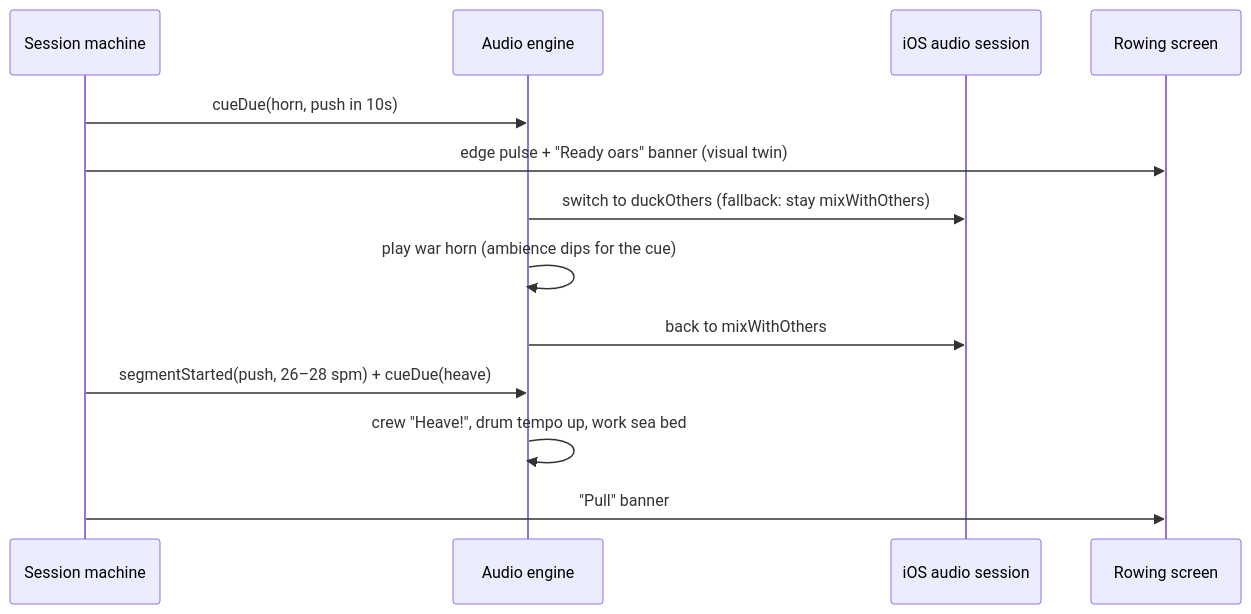
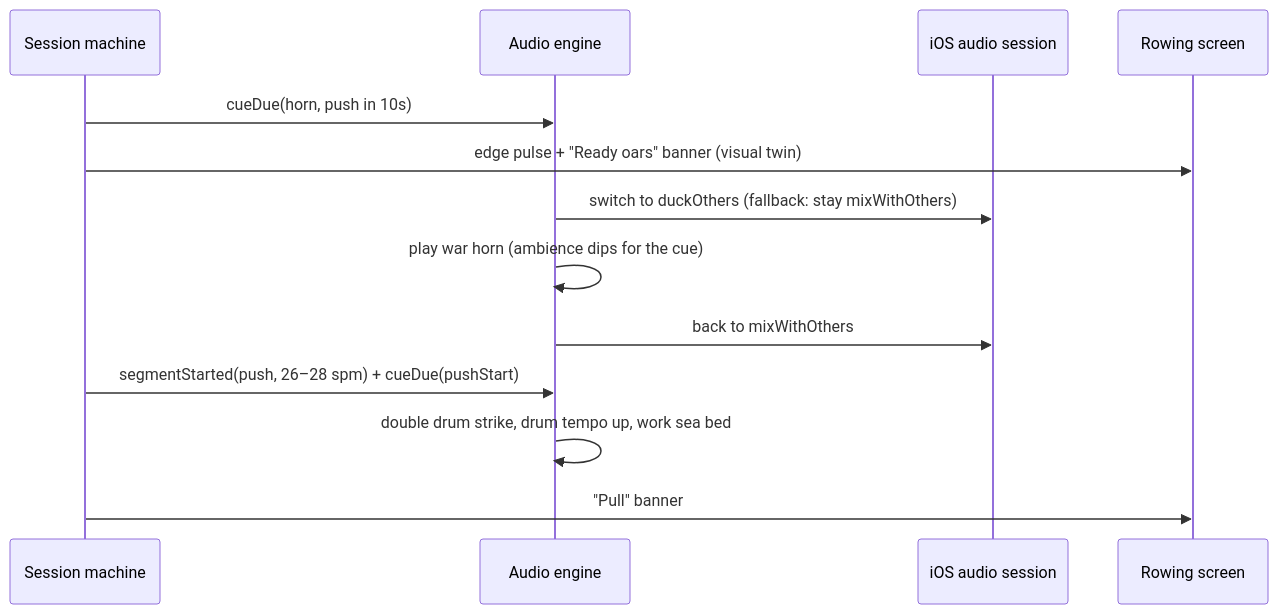
Before and after one commit to dsh971/Nord4x4: the third of 3 diagrams in docs/plans/2026-10-29-001-feat-nor4x4-expo-rebuild-plan.md, drawn with Mermaid. The commit also changed other lines of this file and 3 other files, not shown here.

````diff
--- a/docs/plans/2026-10-29-001-feat-nor4x4-expo-rebuild-plan.md
+++ b/docs/plans/2026-10-29-001-feat-nor4x4-expo-rebuild-plan.md
@@ -258,15 +258,15 @@
 ```mermaid
 sequenceDiagram
   participant SM as Session machine
   participant AE as Audio engine
   participant OS as iOS audio session
   participant UI as Rowing screen
   SM->>AE: cueDue(horn, push in 10s)
   SM->>UI: edge pulse + "Ready oars" banner (visual twin)
   AE->>OS: switch to duckOthers (fallback: stay mixWithOthers)
   AE->>AE: play war horn (ambience dips for the cue)
   AE->>OS: back to mixWithOthers
-  SM->>AE: segmentStarted(push, 26–28 spm) + cueDue(heave)
-  AE->>AE: crew "Heave!", drum tempo up, work sea bed
+  SM->>AE: segmentStarted(push, 26–28 spm) + cueDue(pushStart)
+  AE->>AE: double drum strike, drum tempo up, work sea bed
   SM->>UI: "Pull" banner
 ```
````
